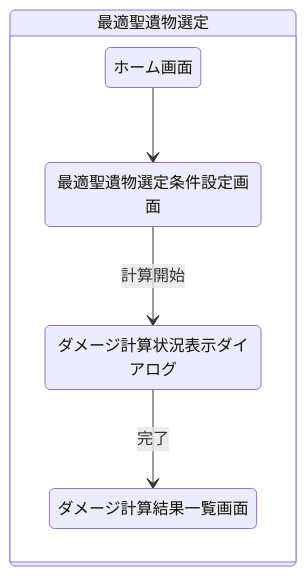
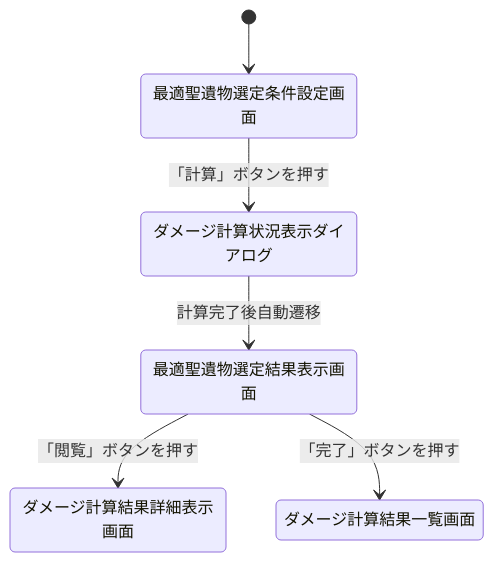
The fourth of 6 diagrams in README.md (Ryosuke-Yamasaki/Genshin-Desktop-App), drawn with Mermaid before and after one commit. The commit also changed other lines of this file, not shown here.

````diff
--- a/README.md
+++ b/README.md
@@ -267,8 +267,8 @@
 ```mermaid
 stateDiagram-v2
-  state 最適聖遺物選定 {
-    ホーム画面 --> 最適聖遺物選定条件設定画面
-    最適聖遺物選定条件設定画面 --> ダメージ計算状況表示ダイアログ : 計算開始
-    ダメージ計算状況表示ダイアログ --> ダメージ計算結果一覧画面 : 完了
-  }
+  [*] --> 最適聖遺物選定条件設定画面
+  最適聖遺物選定条件設定画面 --> ダメージ計算状況表示ダイアログ : 「計算」ボタンを押す
+  ダメージ計算状況表示ダイアログ --> 最適聖遺物選定結果表示画面 : 計算完了後自動遷移
+  最適聖遺物選定結果表示画面 --> ダメージ計算結果詳細表示画面 : 「閲覧」ボタンを押す
+  最適聖遺物選定結果表示画面 --> ダメージ計算結果一覧画面 : 「完了」ボタンを押す
 ```
````
